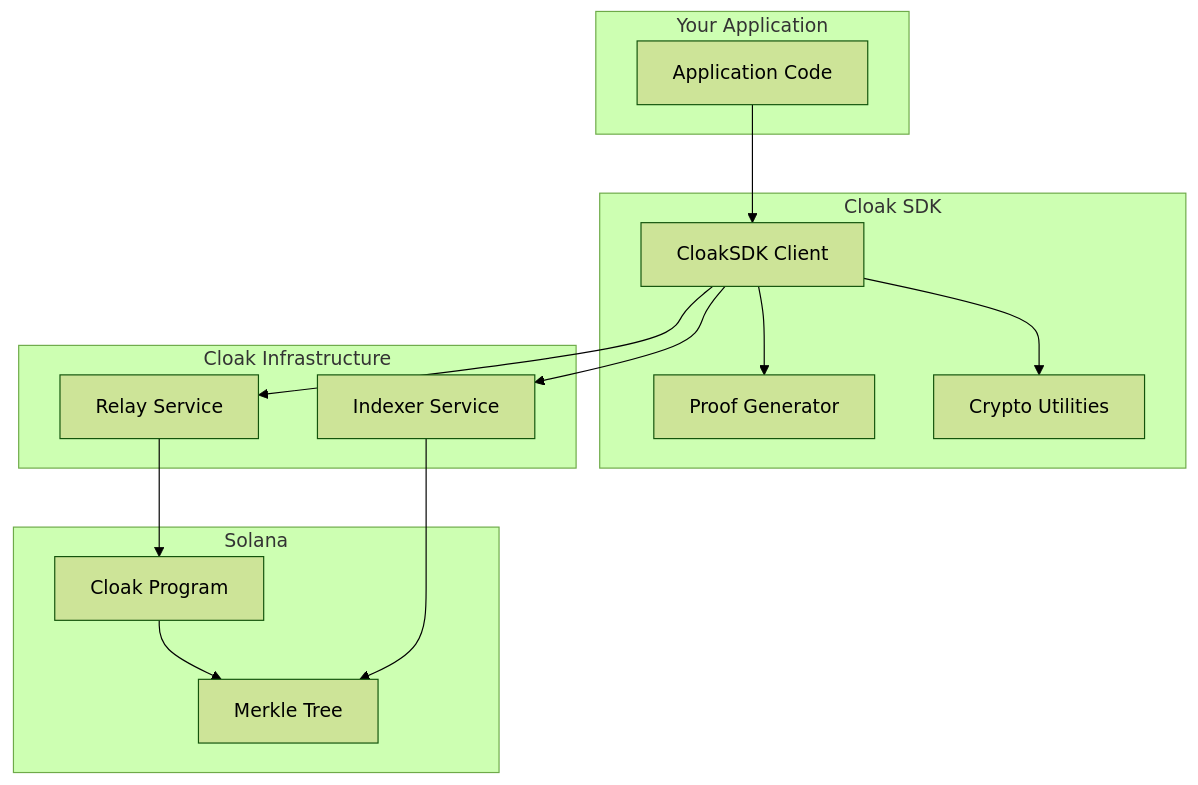
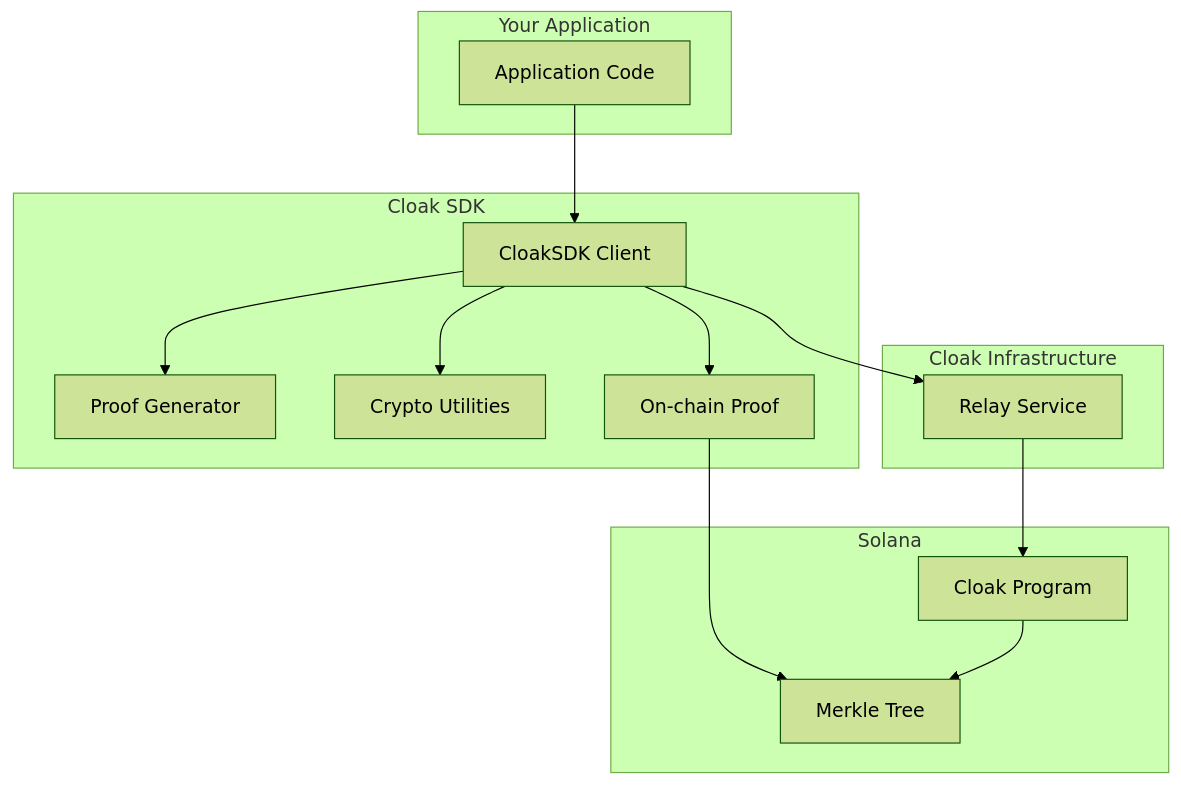
One commit to cloak-ag/docs changed the diagram in sdk/introduction.mdx. Above: the diagram before and after it, drawn with Mermaid (forest theme). The commit also changed other lines of this file and 7 other files, not shown here.

Commit message:
feat: enhance SDK documentation with on-chain proof utilities and error handling updates

````diff
--- a/sdk/introduction.mdx
+++ b/sdk/introduction.mdx
@@ -103,31 +103,31 @@
 ```mermaid
 graph TB
     subgraph "Your Application"
         APP[Application Code]
     end
     
     subgraph "Cloak SDK"
         SDK[CloakSDK Client]
         PROOF[Proof Generator]
         CRYPTO[Crypto Utilities]
+        ONCHAIN[On-chain Proof]
     end
     
     subgraph "Cloak Infrastructure"
         RELAY[Relay Service]
-        INDEXER[Indexer Service]
     end
     
     subgraph "Solana"
         PROGRAM[Cloak Program]
         TREE[Merkle Tree]
     end
     
     APP --> SDK
     SDK --> PROOF
     SDK --> CRYPTO
+    SDK --> ONCHAIN
     SDK --> RELAY
-    SDK --> INDEXER
+    ONCHAIN --> TREE
     RELAY --> PROGRAM
     PROGRAM --> TREE
-    INDEXER --> TREE
 ```
````
